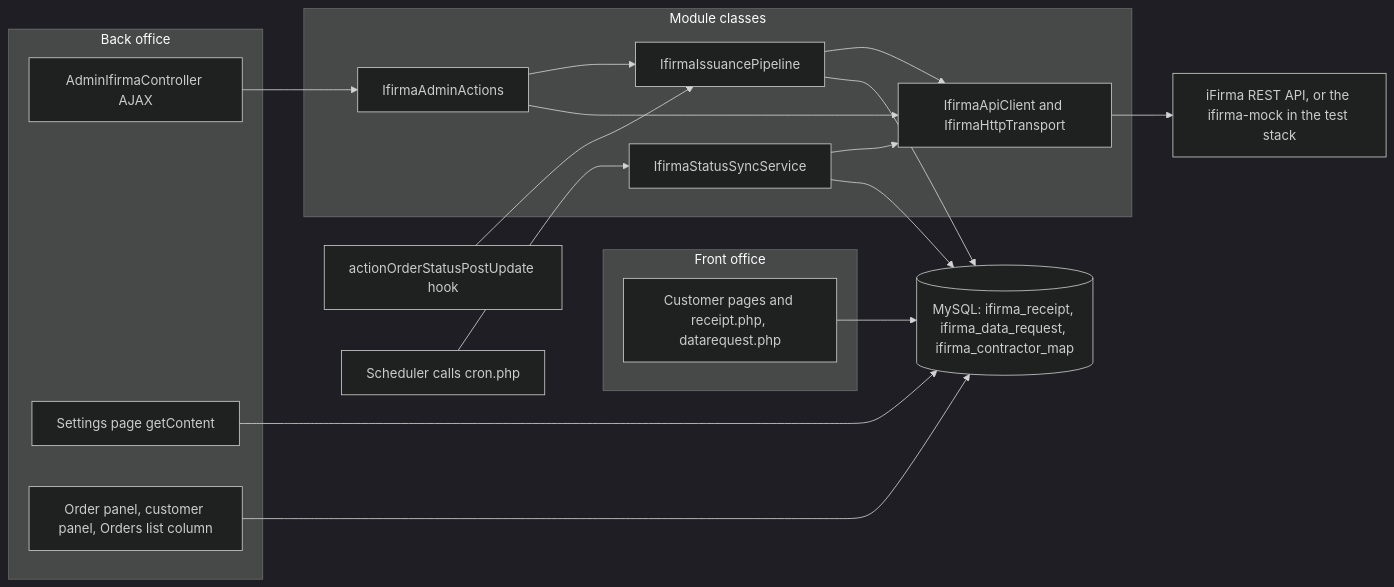
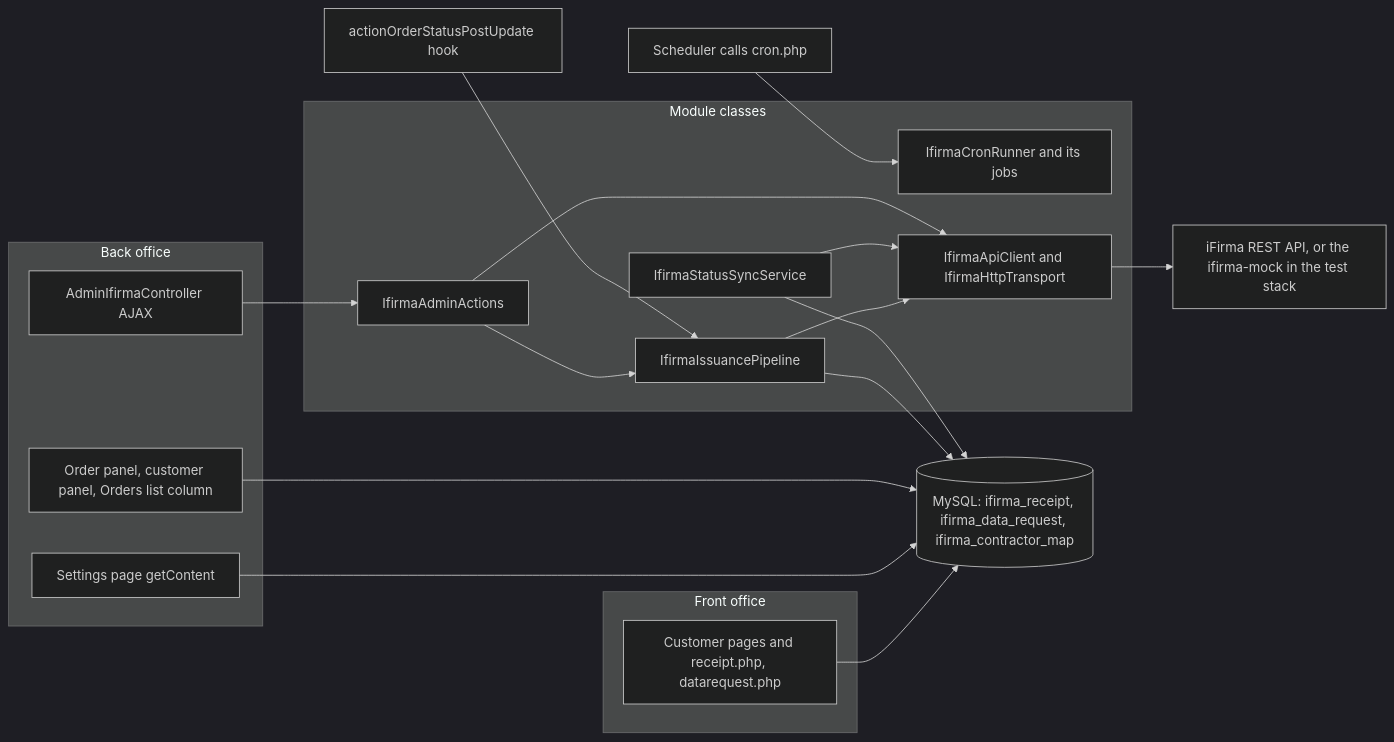
One commit to SecCodeSmith/prestashop-integration-with-iFirma changed the first of 2 diagrams in docs/architecture.md. Above: the diagram before and after it, drawn with Mermaid (dark theme). The commit also changed other lines of this file and 26 other files, not shown here.

First line of the commit message:
feat: cron runner with a run lock, the queue job and IFIRMA_CRON_MAX_ITEMS

````diff
--- a/docs/architecture.md
+++ b/docs/architecture.md
@@ -9,34 +9,35 @@
 ```mermaid
 flowchart LR
     subgraph BO["Back office"]
         ADM["AdminIfirmaController AJAX"]
         SET["Settings page getContent"]
         PNL["Order panel, customer panel, Orders list column"]
     end
     subgraph FO["Front office"]
         CUS["Customer pages and receipt.php, datarequest.php"]
     end
     HOOK["actionOrderStatusPostUpdate hook"]
     CRON["Scheduler calls cron.php"]
     subgraph MOD["Module classes"]
         ACT["IfirmaAdminActions"]
         PIPE["IfirmaIssuancePipeline"]
+        RUN["IfirmaCronRunner and its jobs"]
         SYNC["IfirmaStatusSyncService"]
         API["IfirmaApiClient and IfirmaHttpTransport"]
     end
     DB[("MySQL: ifirma_receipt, ifirma_data_request, ifirma_contractor_map")]
     IF["iFirma REST API, or the ifirma-mock in the test stack"]
     ADM --> ACT
     ACT --> PIPE
     HOOK --> PIPE
     CUS --> DB
-    CRON --> SYNC
+    CRON --> RUN
     SET --> DB
     PNL --> DB
     PIPE --> API
     SYNC --> API
     ACT --> API
     PIPE --> DB
     SYNC --> DB
     API --> IF
 ```
````
